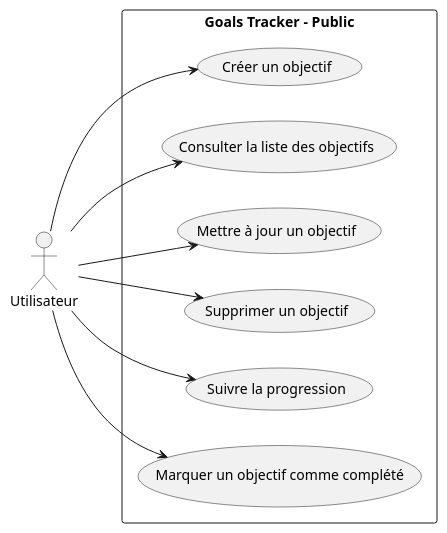
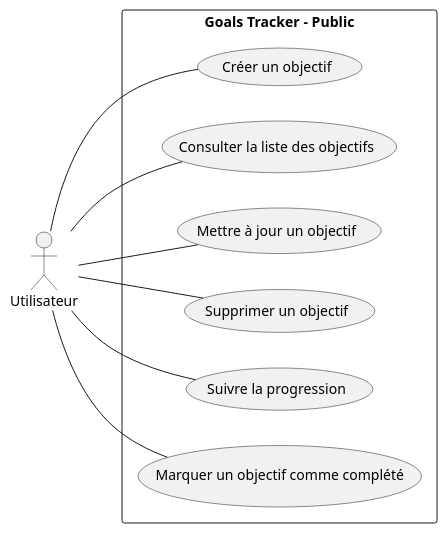
One commit to abdelhaymallouli/Goals-Tracker changed the diagram in imgs/cas Dutilisation/casPublic.puml. Above: the diagram before and after it, drawn with PlantUML. The commit also changed 3 other files, not shown here.

Commit message:
feat: Add public and admin use case diagrams for Goals Tracker.

```diff
--- a/imgs/cas Dutilisation/casPublic.puml
+++ b/imgs/cas Dutilisation/casPublic.puml
@@ -1,23 +1,23 @@
 @startuml
 left to right direction
 skinparam packageStyle rectangle
 
 actor Utilisateur
 
 package "Goals Tracker - Public" {
   usecase "Créer un objectif" as UC1
   usecase "Consulter la liste des objectifs" as UC2
   usecase "Mettre à jour un objectif" as UC3
   usecase "Supprimer un objectif" as UC4
   usecase "Suivre la progression" as UC5
   usecase "Marquer un objectif comme complété" as UC6
 }
 
-Utilisateur --> UC1
-Utilisateur --> UC2
-Utilisateur --> UC3
-Utilisateur --> UC4
-Utilisateur --> UC5
-Utilisateur --> UC6
+Utilisateur -- UC1
+Utilisateur -- UC2
+Utilisateur -- UC3
+Utilisateur -- UC4
+Utilisateur -- UC5
+Utilisateur -- UC6
 
 @enduml
```
